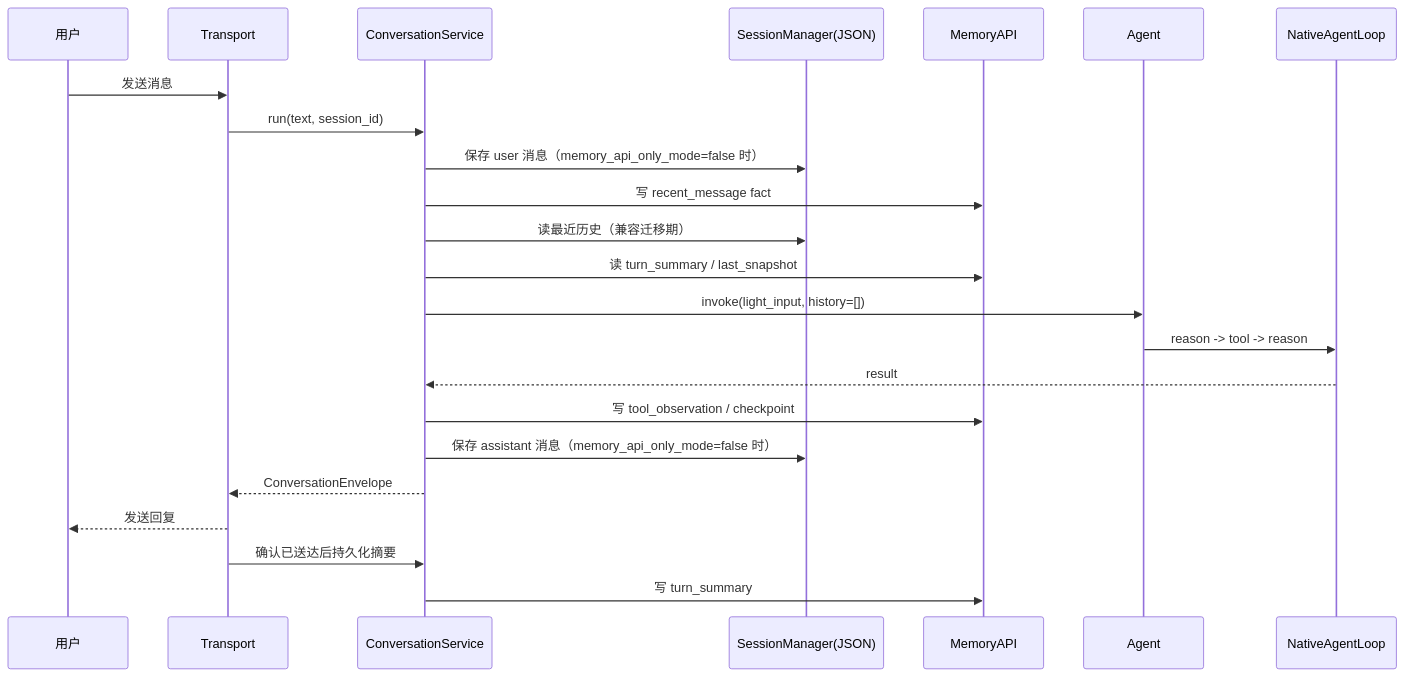
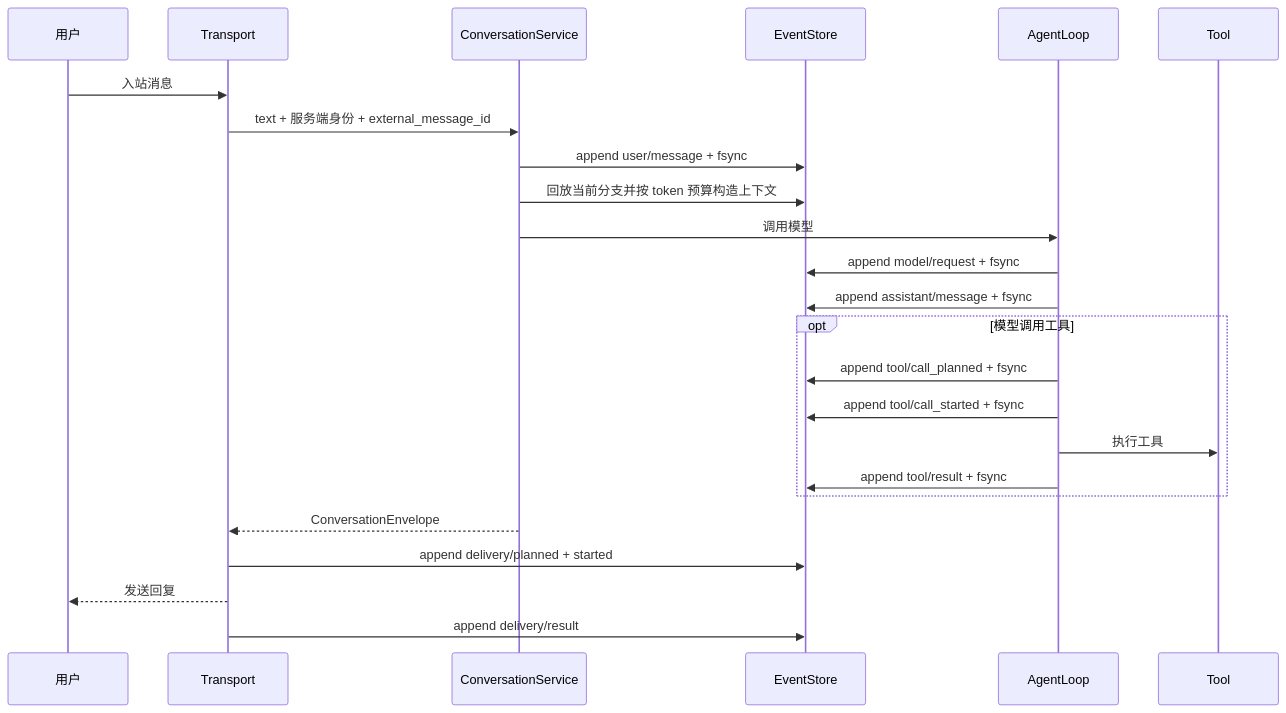
Before and after one commit to 7Gosts/MarketAssAgent: the diagram in docs/00_项目架构.md, drawn with Mermaid. The commit also changed other lines of this file and 90 other files, not shown here.

````diff
--- a/docs/00_项目架构.md
+++ b/docs/00_项目架构.md
@@ -59,26 +50,27 @@
 ```mermaid
 sequenceDiagram
     participant U as 用户
     participant T as Transport
-    participant CS as ConversationService
-    participant S as SessionManager(JSON)
-    participant M as MemoryAPI
-    participant A as Agent
-    participant G as NativeAgentLoop
+    participant C as ConversationService
+    participant E as EventStore
+    participant A as AgentLoop
+    participant X as Tool
 
-    U->>T: 发送消息
-    T->>CS: run(text, session_id)
-    CS->>S: 保存 user 消息（memory_api_only_mode=false 时）
-    CS->>M: 写 recent_message fact
-    CS->>S: 读最近历史（兼容迁移期）
-    CS->>M: 读 turn_summary / last_snapshot
-    CS->>A: invoke(light_input, history=[])
-    A->>G: reason -> tool -> reason
-    G-->>CS: result
-    CS->>M: 写 tool_observation / checkpoint
-    CS->>S: 保存 assistant 消息（memory_api_only_mode=false 时）
-    CS-->>T: ConversationEnvelope
+    U->>T: 入站消息
+    T->>C: text + 服务端身份 + external_message_id
+    C->>E: append user/message + fsync
+    C->>E: 回放当前分支并按 token 预算构造上下文
+    C->>A: 调用模型
+    A->>E: append model/request + fsync
+    A->>E: append assistant/message + fsync
+    opt 模型调用工具
+        A->>E: append tool/call_planned + fsync
+        A->>E: append tool/call_started + fsync
+        A->>X: 执行工具
+        A->>E: append tool/result + fsync
+    end
+    C-->>T: ConversationEnvelope
+    T->>E: append delivery/planned + started
     T-->>U: 发送回复
-    T->>CS: 确认已送达后持久化摘要
-    CS->>M: 写 turn_summary
+    T->>E: append delivery/result
 ```
````
